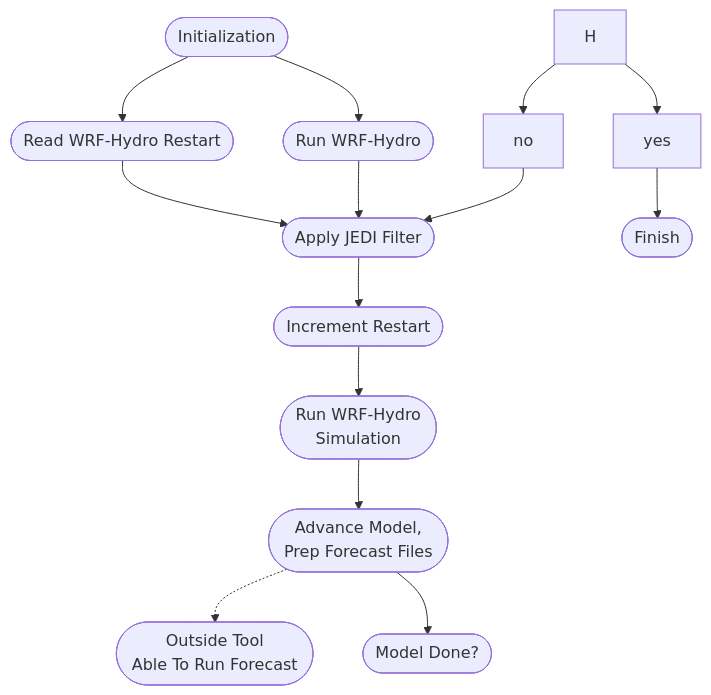
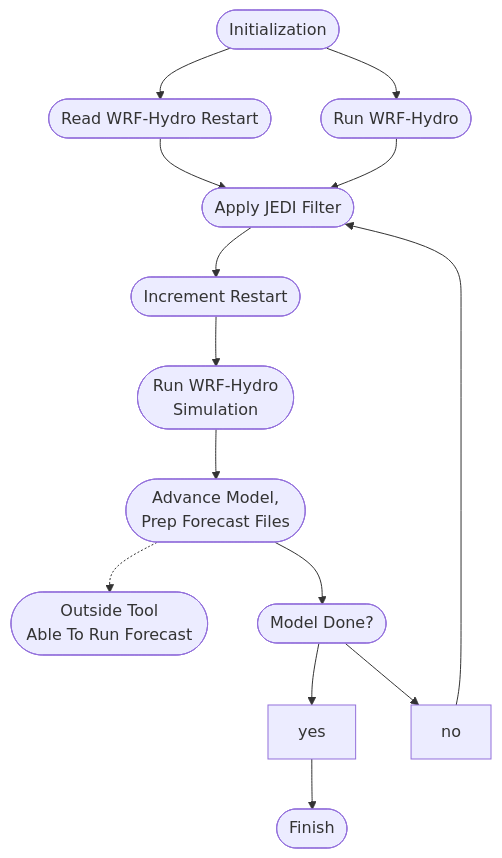
The diagram in README.md (NCAR/jedi_wrfhydro_workflow), drawn with Mermaid before and after one commit.

Commit message:
README hotfix

````diff
--- a/README.md
+++ b/README.md
@@ -28,16 +28,16 @@
 ```mermaid
 graph TD
     A([Initialization])
     A --> B1([Read WRF-Hydro Restart])
     A --> B2([Run WRF-Hydro])
     C([Apply JEDI Filter])
     B1 --> C
     B2 --> C
     C --> D([Increment Restart])
     D --> F([Run WRF-Hydro<br/> Simulation])
     F --> G([Advance Model, <br/> Prep Forecast Files ])
     G -.-> G1([Outside Tool<br/> Able To Run Forecast])
-    G --> G2([Model Done?])
+    G --> H([Model Done?])
     H --> yes --> J([Finish])
     H --> no --> C
 ```
````
